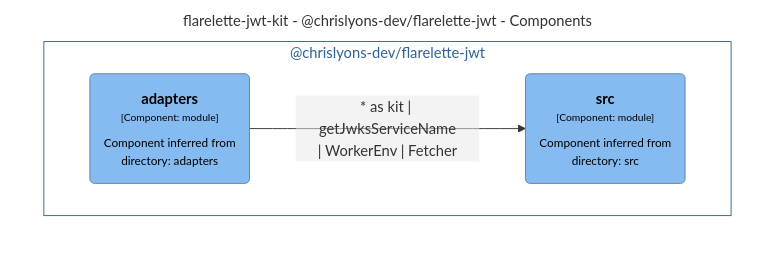
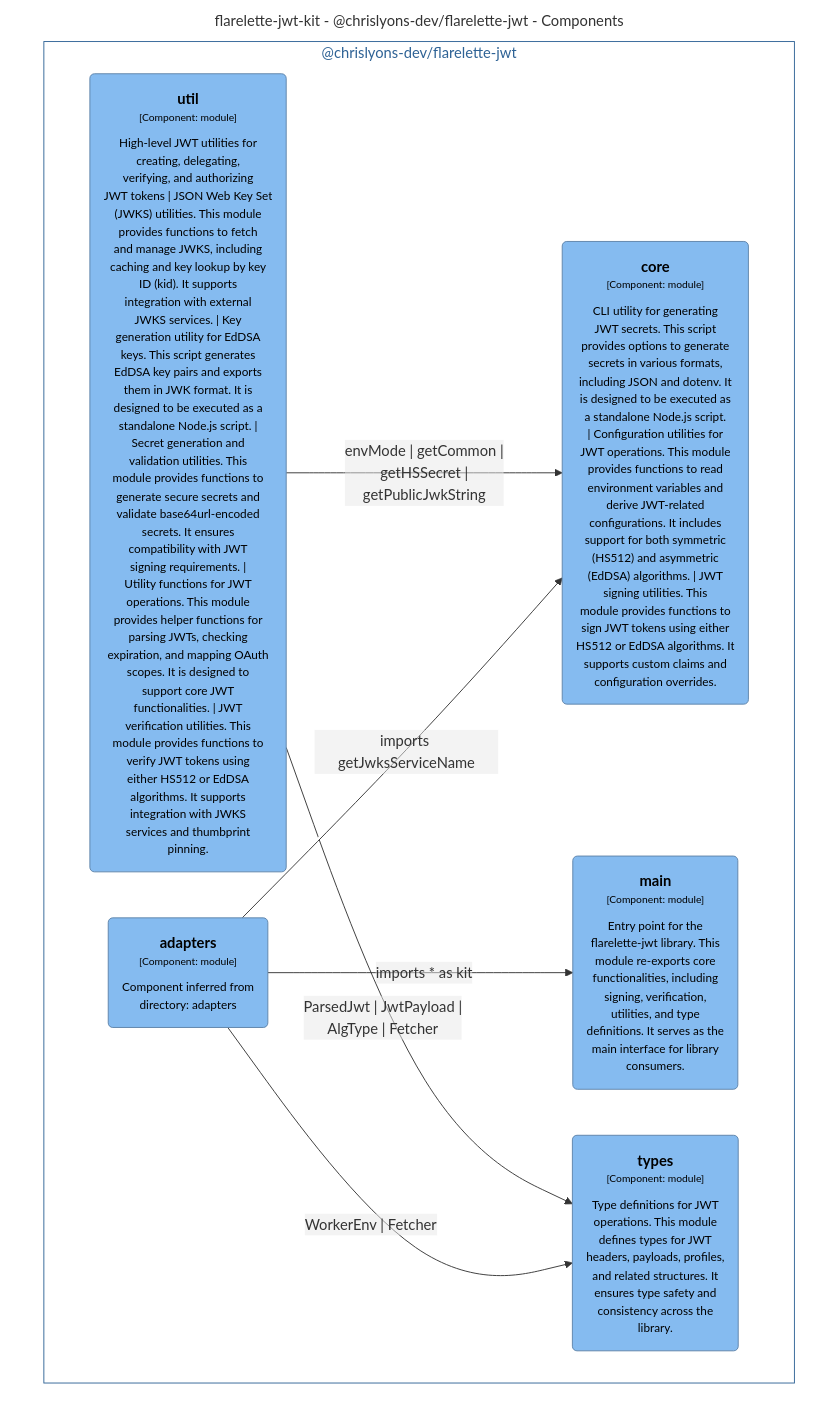
One commit to chrislyons-dev/flarelette-jwt-kit changed the diagram in docs/architecture/diagrams/mermaid/structurizr-Components__chrislyons_dev_flarelette_jwt.mmd. Above: the diagram before and after it, drawn with Mermaid. The commit also changed 71 other files, not shown here.

```diff
--- a/docs/architecture/diagrams/mermaid/structurizr-Components__chrislyons_dev_flarelette_jwt.mmd
+++ b/docs/architecture/diagrams/mermaid/structurizr-Components__chrislyons_dev_flarelette_jwt.mmd
@@ -1,17 +1,27 @@
 graph TB
   linkStyle default fill:#ffffff
 
   subgraph diagram ["flarelette-jwt-kit - @chrislyons-dev/flarelette-jwt - Components"]
     style diagram fill:#ffffff,stroke:#ffffff
 
     subgraph 2 ["@chrislyons-dev/flarelette-jwt"]
       style 2 fill:#ffffff,stroke:#2e6295,color:#2e6295
 
-      3("<div style='font-weight: bold'>src</div><div style='font-size: 70%; margin-top: 0px'>[Component: module]</div><div style='font-size: 80%; margin-top:10px'>Component inferred from<br />directory: src</div>")
+      3("<div style='font-weight: bold'>core</div><div style='font-size: 70%; margin-top: 0px'>[Component: module]</div><div style='font-size: 80%; margin-top:10px'>CLI utility for generating<br />JWT secrets. This script<br />provides options to generate<br />secrets in various formats,<br />including JSON and dotenv. It<br />is designed to be executed as<br />a standalone Node.js script.<br />| Configuration utilities for<br />JWT operations. This module<br />provides functions to read<br />environment variables and<br />derive JWT-related<br />configurations. It includes<br />support for both symmetric<br />(HS512) and asymmetric<br />(EdDSA) algorithms. | JWT<br />signing utilities. This<br />module provides functions to<br />sign JWT tokens using either<br />HS512 or EdDSA algorithms. It<br />supports custom claims and<br />configuration overrides.</div>")
       style 3 fill:#85bbf0,stroke:#5d82a8,color:#000000
-      4("<div style='font-weight: bold'>adapters</div><div style='font-size: 70%; margin-top: 0px'>[Component: module]</div><div style='font-size: 80%; margin-top:10px'>Component inferred from<br />directory: adapters</div>")
+      4("<div style='font-weight: bold'>util</div><div style='font-size: 70%; margin-top: 0px'>[Component: module]</div><div style='font-size: 80%; margin-top:10px'>High-level JWT utilities for<br />creating, delegating,<br />verifying, and authorizing<br />JWT tokens | JSON Web Key Set<br />(JWKS) utilities. This module<br />provides functions to fetch<br />and manage JWKS, including<br />caching and key lookup by key<br />ID (kid). It supports<br />integration with external<br />JWKS services. | Key<br />generation utility for EdDSA<br />keys. This script generates<br />EdDSA key pairs and exports<br />them in JWK format. It is<br />designed to be executed as a<br />standalone Node.js script. |<br />Secret generation and<br />validation utilities. This<br />module provides functions to<br />generate secure secrets and<br />validate base64url-encoded<br />secrets. It ensures<br />compatibility with JWT<br />signing requirements. |<br />Utility functions for JWT<br />operations. This module<br />provides helper functions for<br />parsing JWTs, checking<br />expiration, and mapping OAuth<br />scopes. It is designed to<br />support core JWT<br />functionalities. | JWT<br />verification utilities. This<br />module provides functions to<br />verify JWT tokens using<br />either HS512 or EdDSA<br />algorithms. It supports<br />integration with JWKS<br />services and thumbprint<br />pinning.</div>")
       style 4 fill:#85bbf0,stroke:#5d82a8,color:#000000
+      5("<div style='font-weight: bold'>main</div><div style='font-size: 70%; margin-top: 0px'>[Component: module]</div><div style='font-size: 80%; margin-top:10px'>Entry point for the<br />flarelette-jwt library. This<br />module re-exports core<br />functionalities, including<br />signing, verification,<br />utilities, and type<br />definitions. It serves as the<br />main interface for library<br />consumers.</div>")
+      style 5 fill:#85bbf0,stroke:#5d82a8,color:#000000
+      6("<div style='font-weight: bold'>types</div><div style='font-size: 70%; margin-top: 0px'>[Component: module]</div><div style='font-size: 80%; margin-top:10px'>Type definitions for JWT<br />operations. This module<br />defines types for JWT<br />headers, payloads, profiles,<br />and related structures. It<br />ensures type safety and<br />consistency across the<br />library.</div>")
+      style 6 fill:#85bbf0,stroke:#5d82a8,color:#000000
+      7("<div style='font-weight: bold'>adapters</div><div style='font-size: 70%; margin-top: 0px'>[Component: module]</div><div style='font-size: 80%; margin-top:10px'>Component inferred from<br />directory: adapters</div>")
+      style 7 fill:#85bbf0,stroke:#5d82a8,color:#000000
     end
 
-    4-- "<div>* as kit | getJwksServiceName<br />| WorkerEnv | Fetcher</div><div style='font-size: 70%'></div>" -->3
+    4-- "<div>ParsedJwt | JwtPayload |<br />AlgType | Fetcher</div><div style='font-size: 70%'></div>" -->6
+    4-- "<div>envMode | getCommon |<br />getHSSecret |<br />getPublicJwkString</div><div style='font-size: 70%'></div>" -->3
+    7-- "<div>imports * as kit</div><div style='font-size: 70%'></div>" -->5
+    7-- "<div>imports getJwksServiceName</div><div style='font-size: 70%'></div>" -->3
+    7-- "<div>WorkerEnv | Fetcher</div><div style='font-size: 70%'></div>" -->6
   end
```
